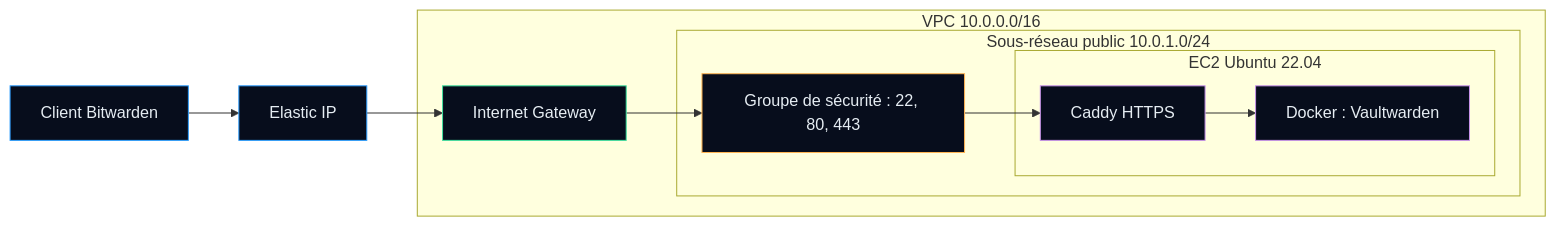
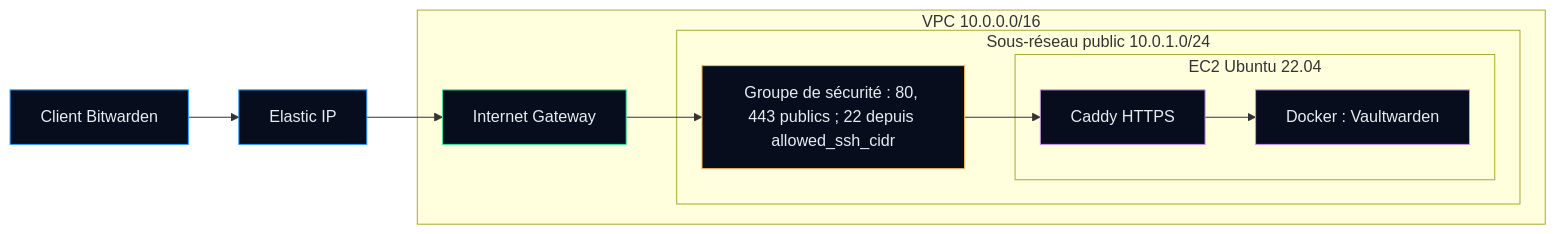
One commit to Bazeeza/AutomationHub changed the diagram in README.md. Above: the diagram before and after it, drawn with Mermaid. The commit also changed other lines of this file, not shown here.

````diff
--- a/README.md
+++ b/README.md
@@ -31,23 +33,23 @@
 ```mermaid
 flowchart LR
     user["Client Bitwarden"] --> eip["Elastic IP"]
     subgraph vpc["VPC 10.0.0.0/16"]
         igw["Internet Gateway"]
         subgraph subnet["Sous-réseau public 10.0.1.0/24"]
-            sg["Groupe de sécurité : 22, 80, 443"]
+            sg["Groupe de sécurité : 80, 443 publics ; 22 depuis allowed_ssh_cidr"]
             subgraph ec2["EC2 Ubuntu 22.04"]
                 caddy["Caddy HTTPS"] --> vw["Docker : Vaultwarden"]
             end
         end
     end
     eip --> igw --> sg --> caddy
 
     classDef ext fill:#070d1c,stroke:#2b9dff,color:#e6edf3
     classDef net fill:#070d1c,stroke:#3fe0a0,color:#e6edf3
     classDef sec fill:#070d1c,stroke:#ffb454,color:#e6edf3
     classDef app fill:#070d1c,stroke:#c792ea,color:#e6edf3
     class user,eip ext
     class igw net
     class sg sec
     class caddy,vw app
 ```
````
